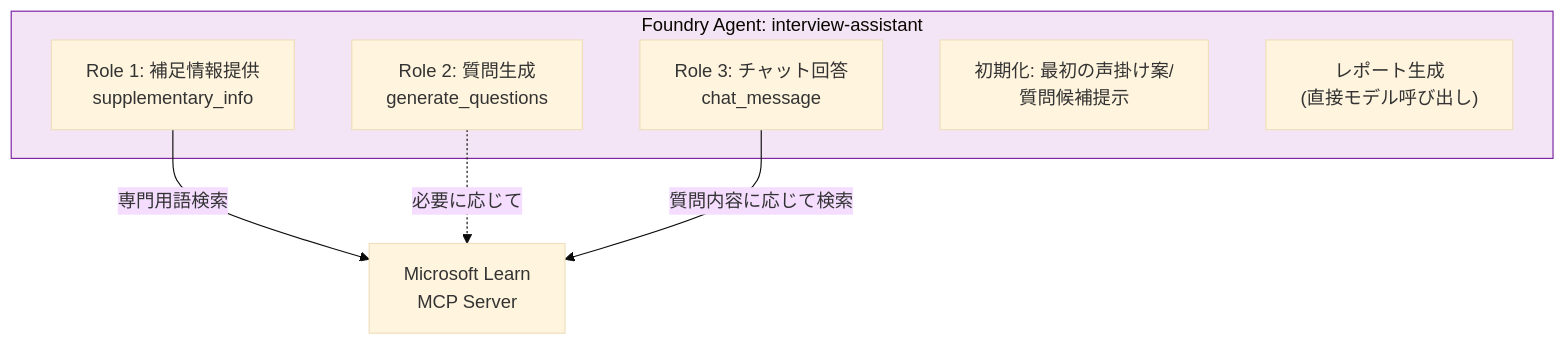
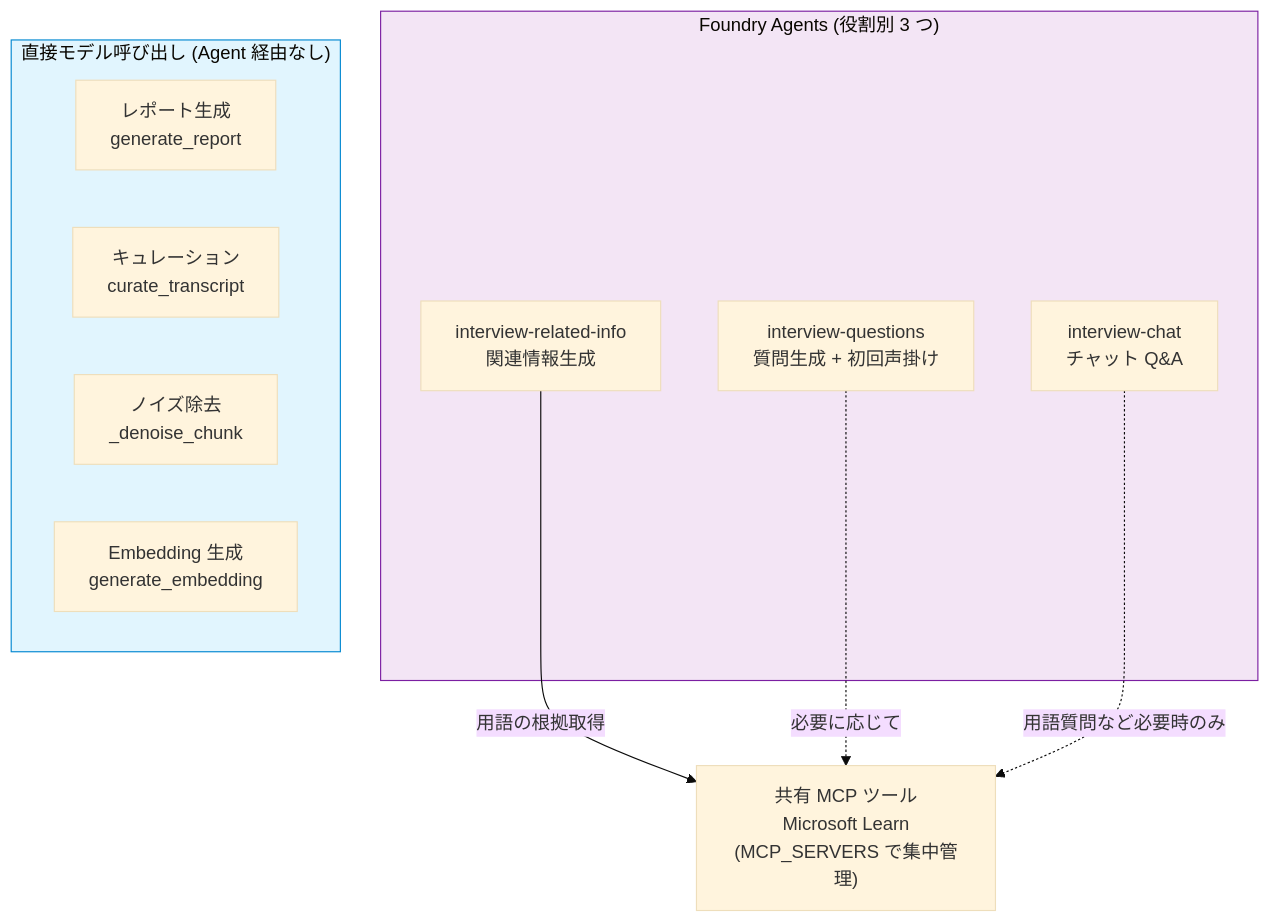
The seventh of 22 diagrams in spec/architecture.md (hatasaki/Interview-Assistant-AI), drawn with Mermaid (base theme) before and after one commit. The commit also changed other lines of this file and 5 other files, not shown here.

Commit message:
Refactor architecture to implement role-specific Foundry Agents

````diff
--- a/spec/architecture.md
+++ b/spec/architecture.md
@@ -364,18 +376,24 @@
 ```mermaid
 graph TB
-    subgraph Agent["Foundry Agent: interview-assistant"]
-        ROLE1["Role 1: 補足情報提供<br/>supplementary_info"]
-        ROLE2["Role 2: 質問生成<br/>generate_questions"]
-        ROLE3["Role 3: チャット回答<br/>chat_message"]
-        INIT["初期化: 最初の声掛け案/<br/>質問候補提示"]
-        REPORT["レポート生成<br/>(直接モデル呼び出し)"]
+    subgraph Agents["Foundry Agents (役割別 3 つ)"]
+        AGT_RI["interview-related-info<br/>関連情報生成"]
+        AGT_Q["interview-questions<br/>質問生成 + 初回声掛け"]
+        AGT_C["interview-chat<br/>チャット Q&A"]
     end
 
-    MCP["Microsoft Learn<br/>MCP Server"]
+    subgraph Direct["直接モデル呼び出し (Agent 経由なし)"]
+        REPORT["レポート生成<br/>generate_report"]
+        CURATE["キュレーション<br/>curate_transcript"]
+        DENOISE["ノイズ除去<br/>_denoise_chunk"]
+        EMBED["Embedding 生成<br/>generate_embedding"]
+    end
 
-    ROLE1 -->|"専門用語検索"| MCP
-    ROLE2 -.->|"必要に応じて"| MCP
-    ROLE3 -->|"質問内容に応じて検索"| MCP
+    MCP["共有 MCP ツール<br/>Microsoft Learn<br/>(MCP_SERVERS で集中管理)"]
 
-    style Agent fill:#f3e5f5,stroke:#7b1fa2
+    AGT_RI -->|"用語の根拠取得"| MCP
+    AGT_Q -.->|"必要に応じて"| MCP
+    AGT_C -.->|"用語質問など必要時のみ"| MCP
+
+    style Agents fill:#f3e5f5,stroke:#7b1fa2
+    style Direct fill:#e1f5fe,stroke:#0288d1
 ```
````
